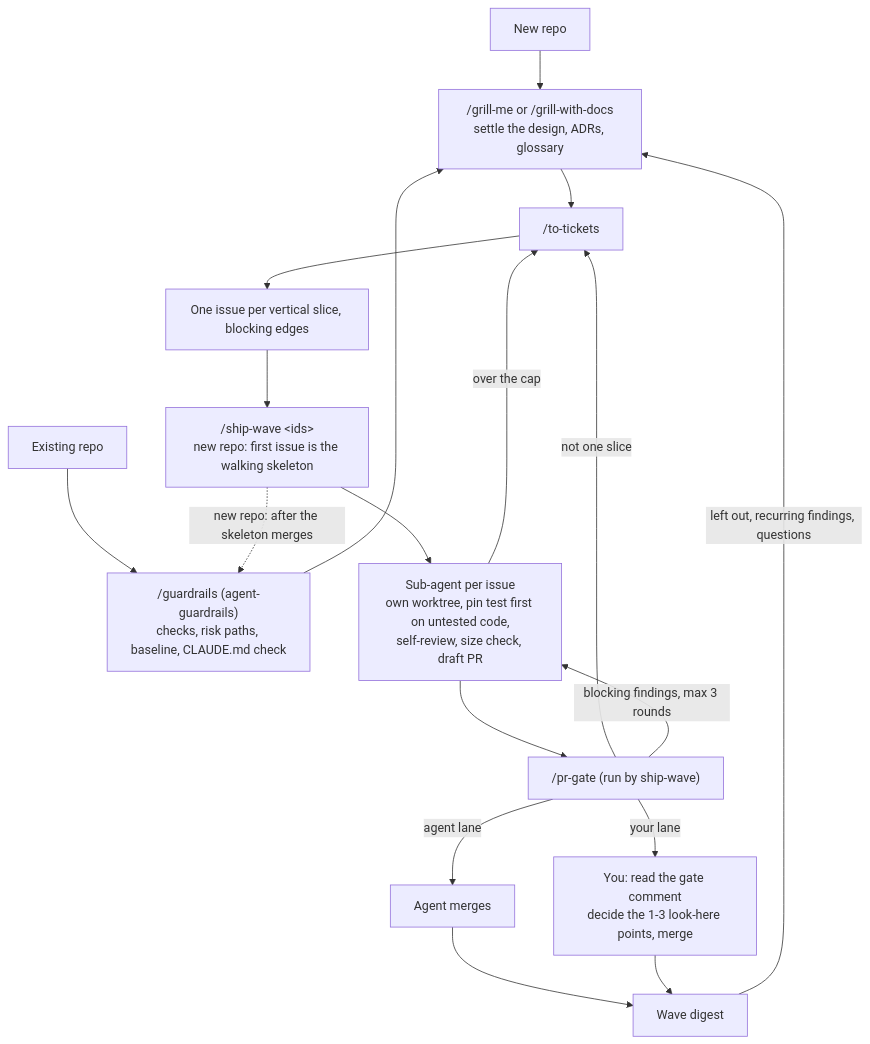
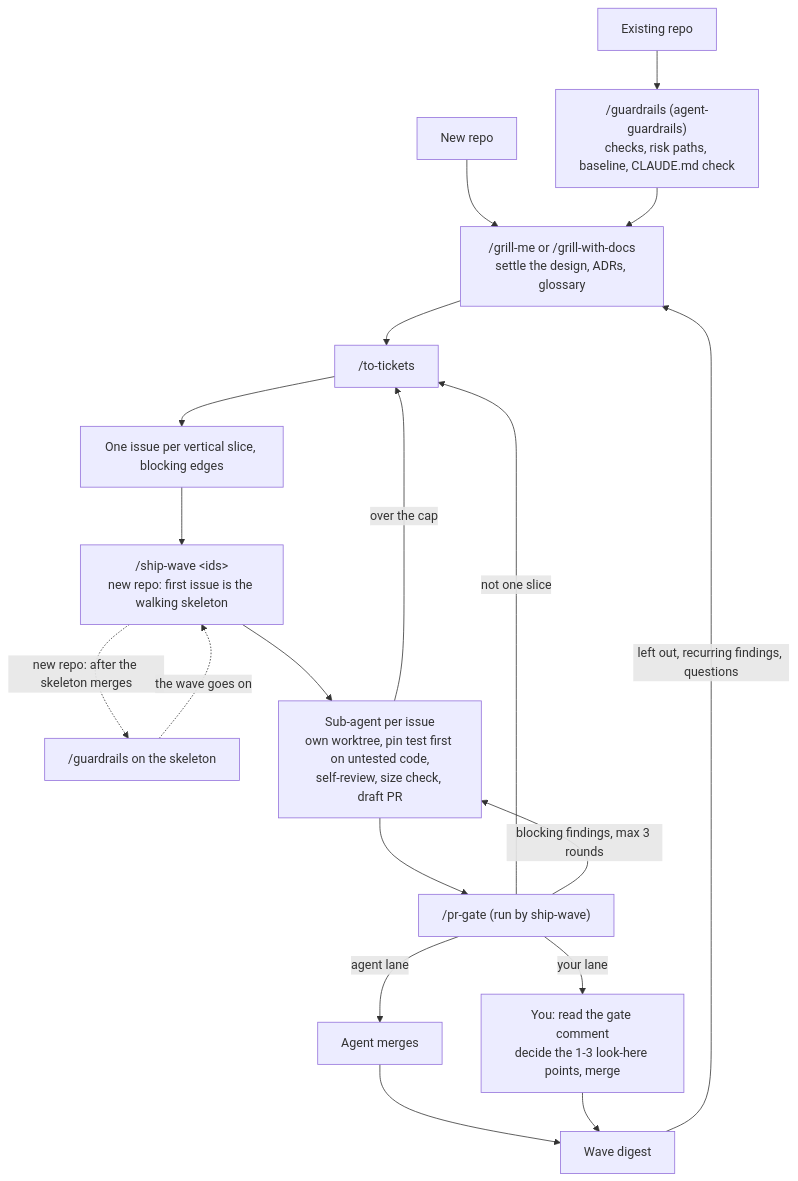
The diagram in README.md (freshmick/agent-skills), drawn with Mermaid before and after one commit. The commit also changed 2 other files, not shown here.

Commit message:
ship-wave, pr-gate, README: second review round for to-tickets
The skeleton's scaffolding doesn't count toward the cap; the skeleton is
the first unblocked issue; any assignee counts as a claim on GitHub
Issues unless the lead's own ledger lists it; the flowchart returns to
the wave after /guardrails runs on the skeleton.

Part of #10

````diff
--- a/README.md
+++ b/README.md
@@ -26,20 +26,21 @@
 ```mermaid
 flowchart TD
     N[New repo] --> A
     X[Existing repo] --> G0["/guardrails (agent-guardrails)<br/>checks, risk paths, baseline, CLAUDE.md check"]
     G0 --> A["/grill-me or /grill-with-docs<br/>settle the design, ADRs, glossary"]
     A --> B["/to-tickets"]
     B --> C[One issue per vertical slice, blocking edges]
     C --> D["/ship-wave &lt;ids&gt;<br/>new repo: first issue is the walking skeleton"]
-    D -.->|new repo: after the skeleton merges| G0
+    D -.->|new repo: after the skeleton merges| G1["/guardrails on the skeleton"]
+    G1 -.->|the wave goes on| D
     D --> E[Sub-agent per issue<br/>own worktree, pin test first on untested code,<br/>self-review, size check, draft PR]
     E -->|over the cap| B
     E --> F["/pr-gate (run by ship-wave)"]
     F -->|not one slice| B
     F -->|blocking findings, max 3 rounds| E
     F -->|agent lane| G[Agent merges]
     F -->|your lane| H[You: read the gate comment<br/>decide the 1-3 look-here points, merge]
     G --> I[Wave digest]
     H --> I
     I -->|left out, recurring findings, questions| A
 ```
````
